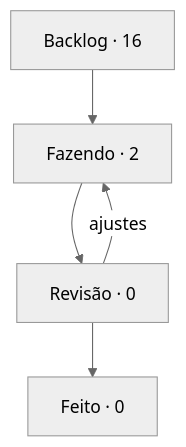
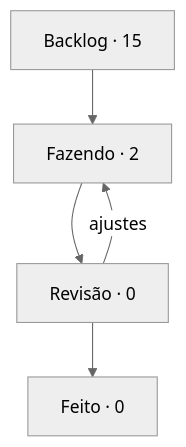
One commit to StudioVibi/VibiKanban changed the diagram in boards/dungeon-bend/BOARD.md. Above: the diagram before and after it, drawn with Mermaid (neutral theme). The commit also changed other lines of this file and 2 other files, not shown here.

````diff
--- a/boards/dungeon-bend/BOARD.md
+++ b/boards/dungeon-bend/BOARD.md
@@ -5,10 +5,10 @@
 ```mermaid
 flowchart TD
-  backlog["Backlog · 16"] --> doing["Fazendo · 2"]
+  backlog["Backlog · 15"] --> doing["Fazendo · 2"]
   doing --> review["Revisão · 0"]
   review --> done["Feito · 0"]
   review -->|ajustes| doing
   doing:::blue
   review:::yellow
   done:::green
 ```
````
